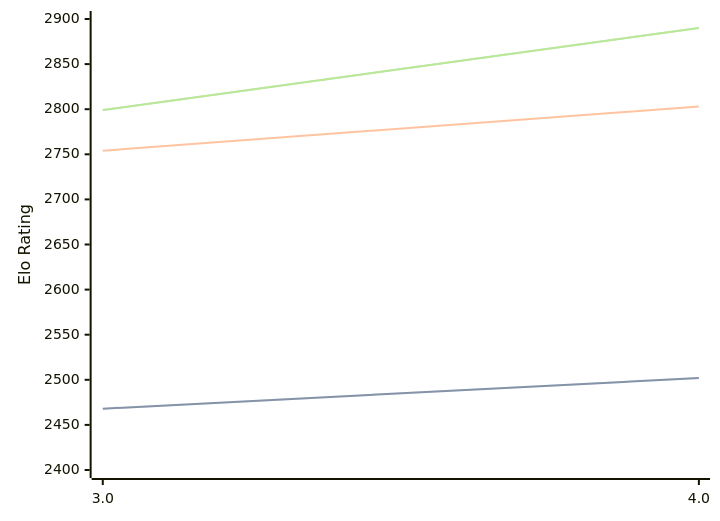
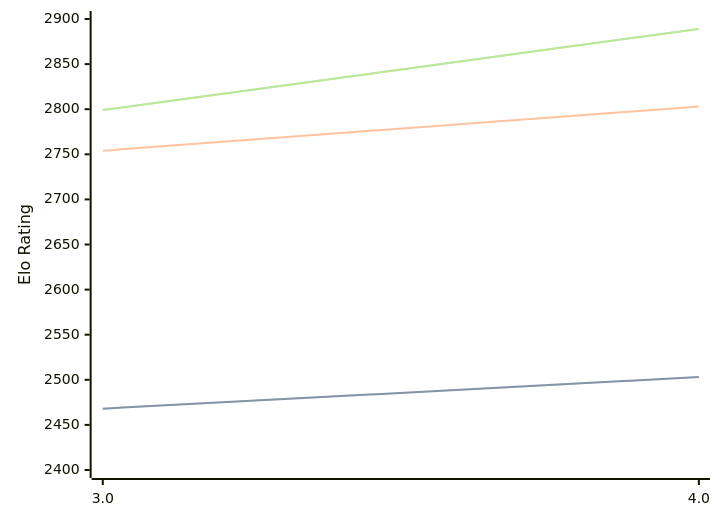
Before and after one commit to computer-chess-index/cci: the diagram in engines/Chess3.md, drawn with Mermaid. The commit also changed other lines of this file, not shown here.

Commit message:
Update CCI Ratings (ELO VLTC) - 2026-08-31

````diff
--- a/engines/Chess3.md
+++ b/engines/Chess3.md
@@ -32,11 +32,11 @@
 ```mermaid
 %%{init: {"theme":"base","themeVariables":{"seriesColors:['#a3a3a3','#222221','#faa371']}}}%%
 xychart-beta
   x-axis ["3.0", "4.0"]
   y-axis "Elo Rating" 2400 --> 2900
-  line "" [2468, 2502]
-  line "STC (8.0+0.08s)" [2468, 2502]
+  line "" [2468, 2503]
+  line "STC (8.0+0.08s)" [2468, 2503]
   line "LTC (60.0+0.60s)" [2754, 2803]
-  line "" [2799, 2890]
-  line "VLTC (2m24s+1.12s)" [2799, 2890]
+  line "" [2799, 2889]
+  line "VLTC (2m24s+1.12s)" [2799, 2889]
 ```
````
